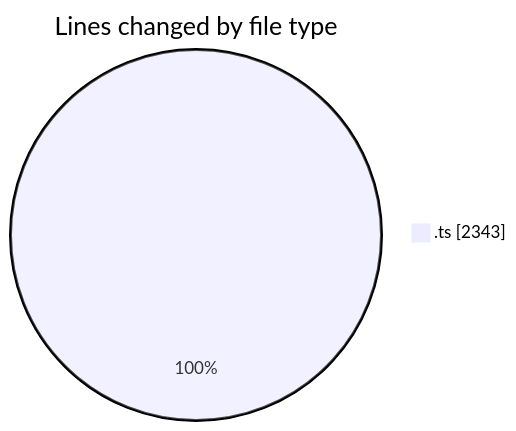
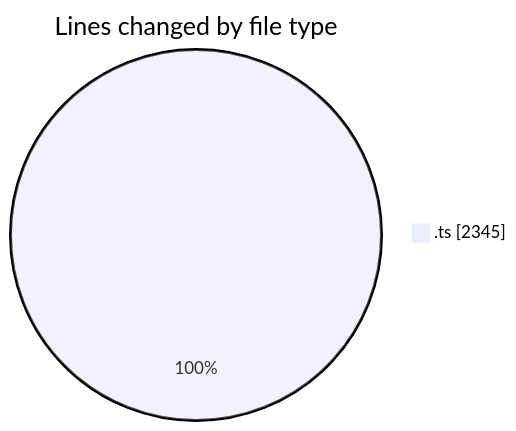
One commit to momahboobian/code-tracking changed the first of 2 diagrams in 2025-10-23/cda/README.md. Above: the diagram before and after it, drawn with Mermaid. The commit also changed other lines of this file and 1 other file, not shown here.

````diff
--- a/2025-10-23/cda/README.md
+++ b/2025-10-23/cda/README.md
@@ -23,5 +23,5 @@
 ```mermaid
 pie showData
 title Lines changed by file type
-".ts" : 2343
+".ts" : 2345
 ```
````
